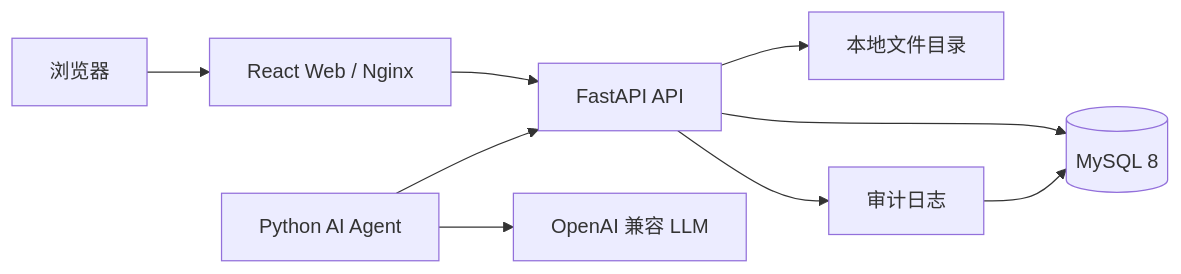
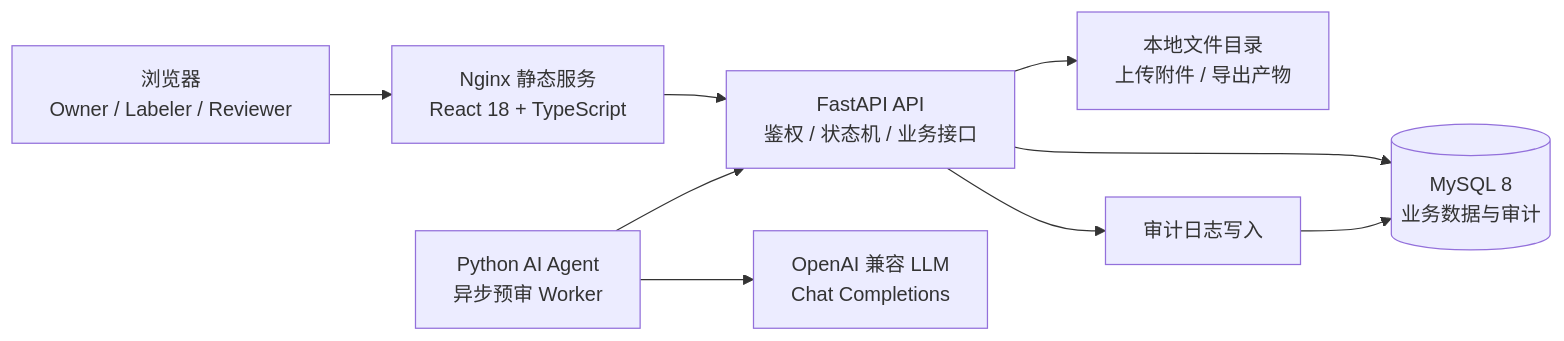
The first of 9 diagrams in submission/基础技术文档/系统架构文档.md (WYXNICK/LabelHub), drawn with Mermaid before and after one commit. The commit also changed other lines of this file and 13 other files, not shown here.

````diff
--- a/submission/基础技术文档/系统架构文档.md
+++ b/submission/基础技术文档/系统架构文档.md
@@ -16,11 +16,11 @@
 ```mermaid
 flowchart LR
-  Browser[浏览器] --> Web[React Web / Nginx]
-  Web --> Api[FastAPI API]
-  Api --> DB[(MySQL 8)]
-  Api --> Files[本地文件目录]
-  Agent[Python AI Agent] --> Api
-  Agent --> LLM[OpenAI 兼容 LLM]
-  Api --> Audit[审计日志]
+  Browser[浏览器<br/>Owner / Labeler / Reviewer] --> Web[Nginx 静态服务<br/>React 18 + TypeScript]
+  Web --> Api[FastAPI API<br/>鉴权 / 状态机 / 业务接口]
+  Api --> DB[(MySQL 8<br/>业务数据与审计)]
+  Api --> Files[本地文件目录<br/>上传附件 / 导出产物]
+  Agent[Python AI Agent<br/>异步预审 Worker] --> Api
+  Agent --> LLM[OpenAI 兼容 LLM<br/>Chat Completions]
+  Api --> Audit[审计日志写入]
   Audit --> DB
 ```
````
